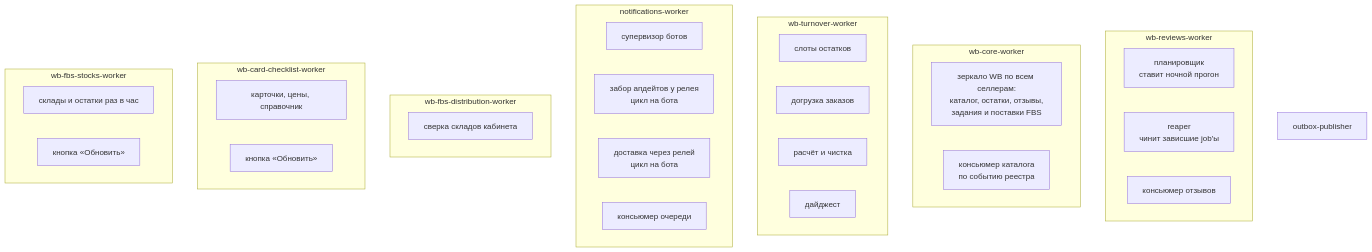
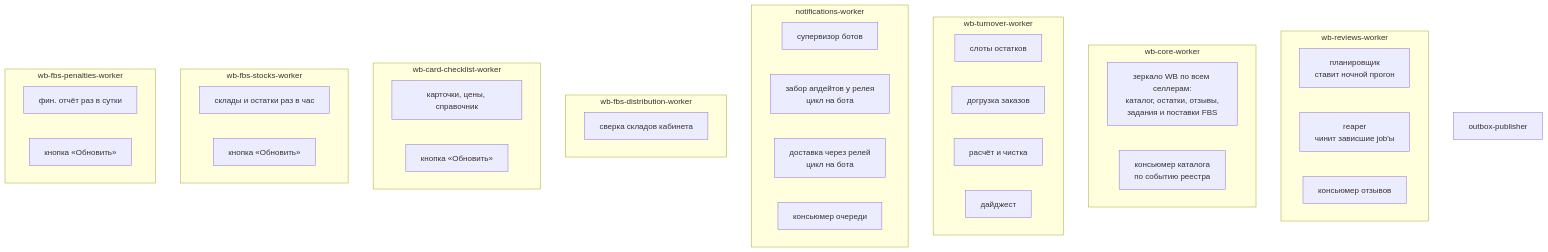
Before and after one commit to krionefishy/karbi: the diagram in docs/architecture/WORKERS.md, drawn with Mermaid. The commit also changed other lines of this file and 41 other files, not shown here.

Commit message:
Автоматизация «Штрафы FBS»: фин. отчёт по кабинету, склад продавца и поставка по каждому удержанию, проверка по номерам, выгрузка в xlsx

````diff
--- a/docs/architecture/WORKERS.md
+++ b/docs/architecture/WORKERS.md
@@ -6,36 +6,40 @@
 ```mermaid
 flowchart TB
     subgraph reviews["wb-reviews-worker"]
         r1["планировщик<br/>ставит ночной прогон"]
         r2["reaper<br/>чинит зависшие job'ы"]
         r3["консьюмер отзывов"]
     end
     subgraph core["wb-core-worker"]
         k1["зеркало WB по всем селлерам:<br/>каталог, остатки, отзывы,<br/>задания и поставки FBS"]
         k2["консьюмер каталога<br/>по событию реестра"]
     end
     subgraph turnover["wb-turnover-worker"]
         t1["слоты остатков"]
         t2["догрузка заказов"]
         t3["расчёт и чистка"]
         t4["дайджест"]
     end
     subgraph notify["notifications-worker"]
         n1["супервизор ботов"]
         n2["забор апдейтов у релея<br/>цикл на бота"]
         n3["доставка через релей<br/>цикл на бота"]
         n4["консьюмер очереди"]
     end
     subgraph fbs["wb-fbs-distribution-worker"]
         f1["сверка складов кабинета"]
     end
     subgraph checklist["wb-card-checklist-worker"]
         c1["карточки, цены, справочник"]
         c2["кнопка «Обновить»"]
     end
     subgraph stocks["wb-fbs-stocks-worker"]
         s1["склады и остатки раз в час"]
         s2["кнопка «Обновить»"]
     end
+    subgraph penalties["wb-fbs-penalties-worker"]
+        p1["фин. отчёт раз в сутки"]
+        p2["кнопка «Обновить»"]
+    end
     outbox["outbox-publisher"]
 ```
````
